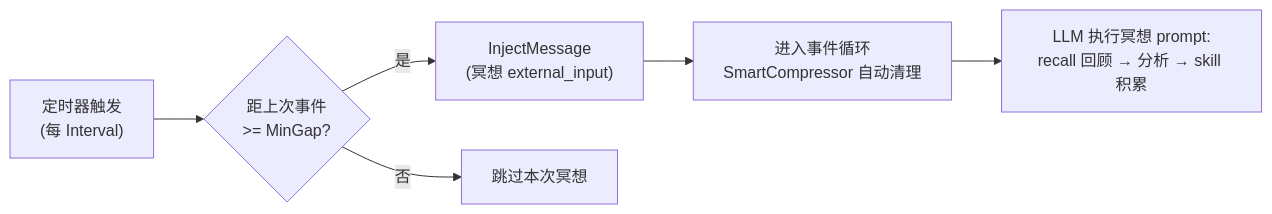
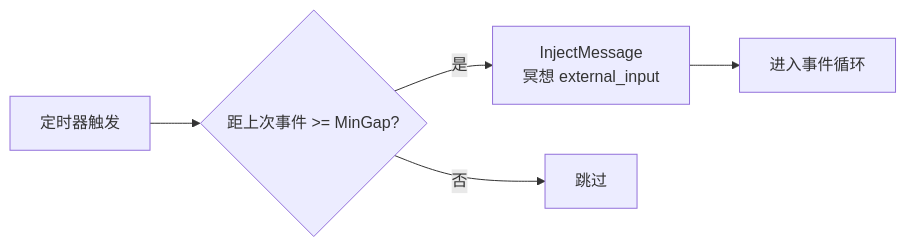
Before and after one commit to SpellingDragon/tagent: the sixth of 9 diagrams in README.md, drawn with Mermaid. The commit also changed other lines of this file and 320 other files, not shown here.

````diff
--- a/README.md
+++ b/README.md
@@ -305,8 +277,7 @@
 ```mermaid
 graph LR
-    TICK["定时器触发<br/>(每 Interval)"] --> CHECK{"距上次事件<br/>>= MinGap?"}
-    CHECK -->|"是"| INJECT["InjectMessage<br/>(冥想 external_input)"]
-    CHECK -->|"否"| SKIP["跳过本次冥想"]
-    INJECT --> LOOP["进入事件循环<br/>SmartCompressor 自动清理"]
-    LOOP --> LLM["LLM 执行冥想 prompt:<br/>recall 回顾 → 分析 → skill 积累"]
+    TICK["定时器触发"] --> CHECK{"距上次事件 >= MinGap?"}
+    CHECK -->|是| INJECT["InjectMessage<br/>冥想 external_input"]
+    CHECK -->|否| SKIP["跳过"]
+    INJECT --> LOOP["进入事件循环"]
 ```
````
